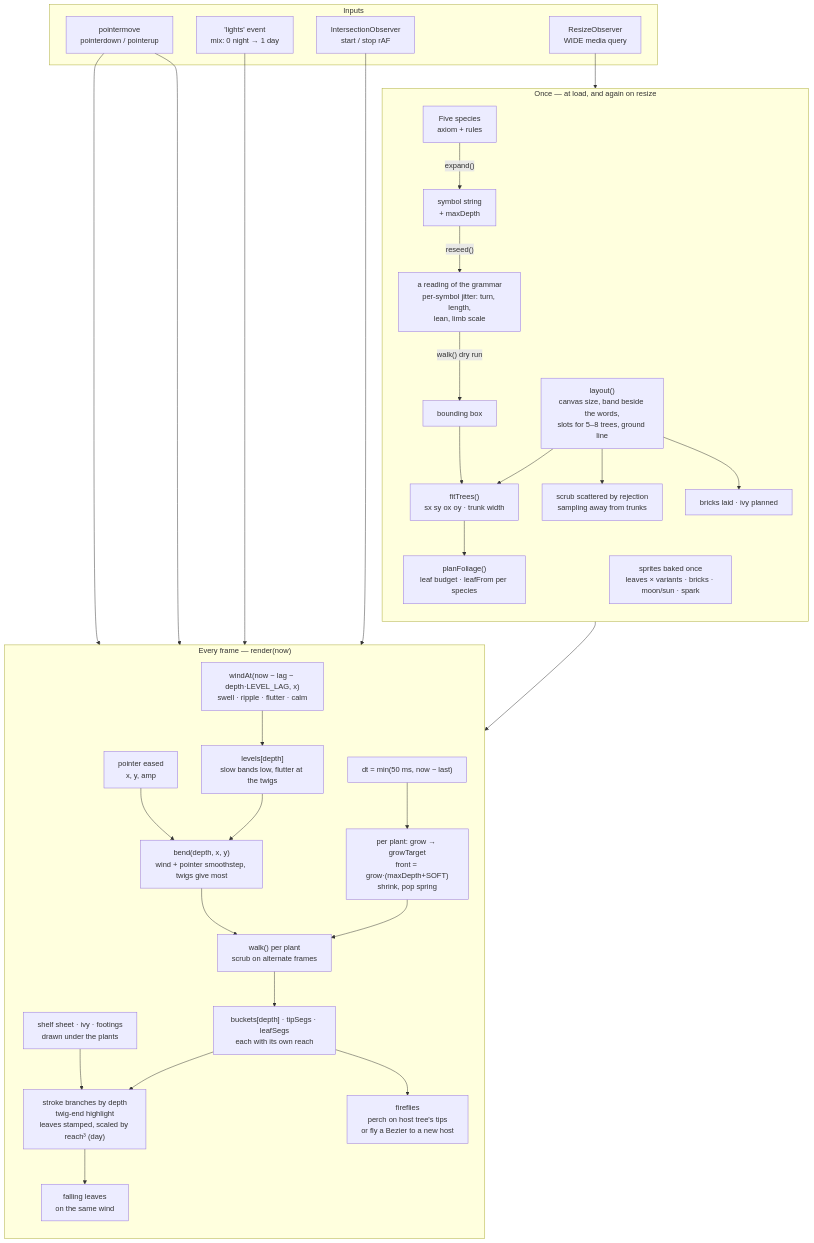
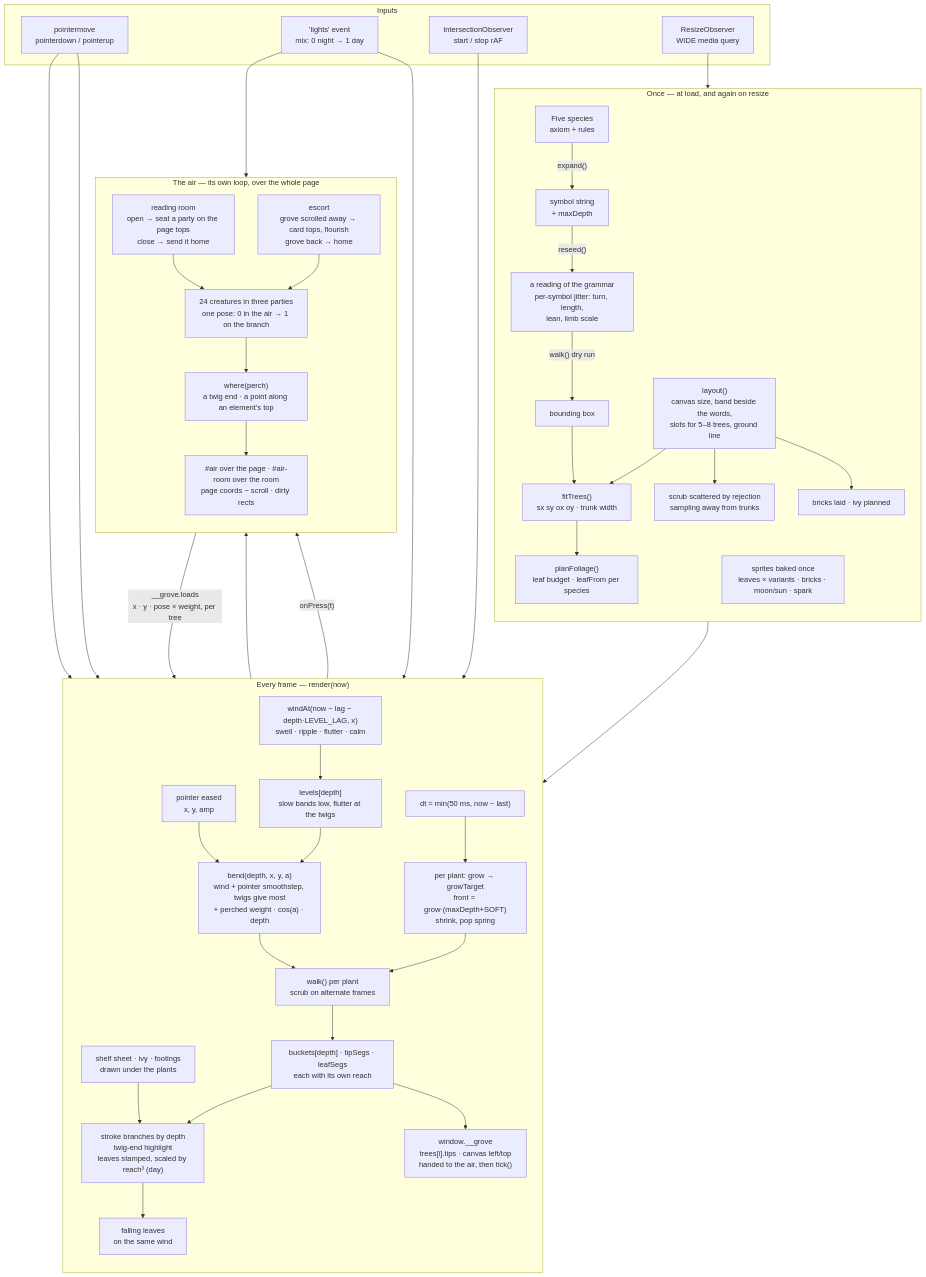
The first of 2 diagrams in README.md (NeoVand/NeoVand.github.io), drawn with Mermaid before and after one commit. The commit also changed other lines of this file and 1 other file, not shown here.

````diff
--- a/README.md
+++ b/README.md
@@ -74,44 +75,56 @@
 ```mermaid
 flowchart TB
   subgraph once["Once — at load, and again on resize"]
     direction TB
     G["Five species<br/>axiom + rules"] -->|"expand()"| S["symbol string<br/>+ maxDepth"]
     S -->|"reseed()"| J["a reading of the grammar<br/>per-symbol jitter: turn, length,<br/>lean, limb scale"]
     J -->|"walk() dry run"| BB["bounding box"]
     LY["layout()<br/>canvas size, band beside the words,<br/>slots for 5–8 trees, ground line"] --> FT
     BB --> FT["fitTrees()<br/>sx sy ox oy · trunk width"]
     FT --> PF["planFoliage()<br/>leaf budget · leafFrom per species"]
     LY --> SC["scrub scattered by rejection<br/>sampling away from trunks"]
     LY --> BR["bricks laid · ivy planned"]
     SP["sprites baked once<br/>leaves × variants · bricks · moon/sun · spark"]
   end
 
   subgraph inputs["Inputs"]
     PTR["pointermove<br/>pointerdown / pointerup"]
     LT["'lights' event<br/>mix: 0 night → 1 day"]
     VIS["IntersectionObserver<br/>start / stop rAF"]
     RS["ResizeObserver<br/>WIDE media query"]
   end
 
   subgraph frame["Every frame — render(now)"]
     direction TB
     DT["dt = min(50 ms, now − last)"] --> GRW
     GRW["per plant: grow → growTarget<br/>front = grow·(maxDepth+SOFT)<br/>shrink, pop spring"] --> WK
     WD["windAt(now − lag − depth·LEVEL_LAG, x)<br/>swell · ripple · flutter · calm"] --> LV["levels[depth]<br/>slow bands low, flutter at the twigs"]
-    LV --> BEND["bend(depth, x, y)<br/>wind + pointer smoothstep, twigs give most"]
+    LV --> BEND["bend(depth, x, y, a)<br/>wind + pointer smoothstep, twigs give most<br/>+ perched weight · cos(a) · depth"]
     PE["pointer eased<br/>x, y, amp"] --> BEND
     BEND --> WK["walk() per plant<br/>scrub on alternate frames"]
     WK --> SEG["buckets[depth] · tipSegs · leafSegs<br/>each with its own reach"]
     SEG --> DRAW["stroke branches by depth<br/>twig-end highlight<br/>leaves stamped, scaled by reach³ (day)"]
-    SEG --> FF["fireflies<br/>perch on host tree's tips<br/>or fly a Bezier to a new host"]
+    SEG --> EXP["window.__grove<br/>trees[i].tips · canvas left/top<br/>handed to the air, then tick()"]
     SHF["shelf sheet · ivy · footings<br/>drawn under the plants"] --> DRAW
     DRAW --> FALL["falling leaves<br/>on the same wind"]
+  end
+
+  subgraph air["The air — its own loop, over the whole page"]
+    direction TB
+    FLK["24 creatures in three parties<br/>one pose: 0 in the air → 1 on the branch"] --> WHERE["where(perch)<br/>a twig end · a point along an element's top"]
+    WHERE --> SHEETS["#air over the page · #air-room over the room<br/>page coords − scroll · dirty rects"]
+    RM["reading room<br/>open → seat a party on the page tops<br/>close → send it home"] --> FLK
+    ESC["escort<br/>grove scrolled away → card tops, flourish<br/>grove back → home"] --> FLK
   end
 
   PTR --> PE
   PTR --> GRW
   LT --> DRAW
+  LT --> FLK
   RS --> LY
   VIS --> frame
   once --> frame
+  EXP --> WHERE
+  GRW -->|"onPress(t)"| FLK
+  FLK -->|"__grove.loads<br/>x · y · pose × weight, per tree"| BEND
 ```
````
